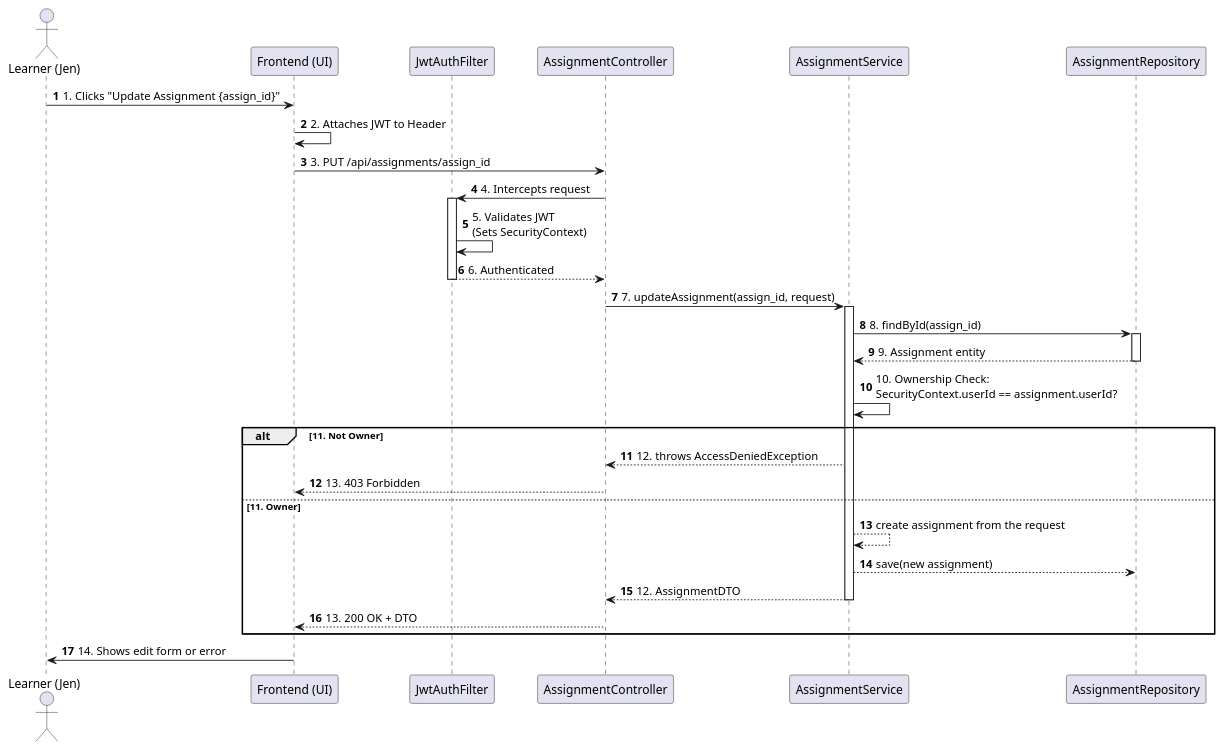
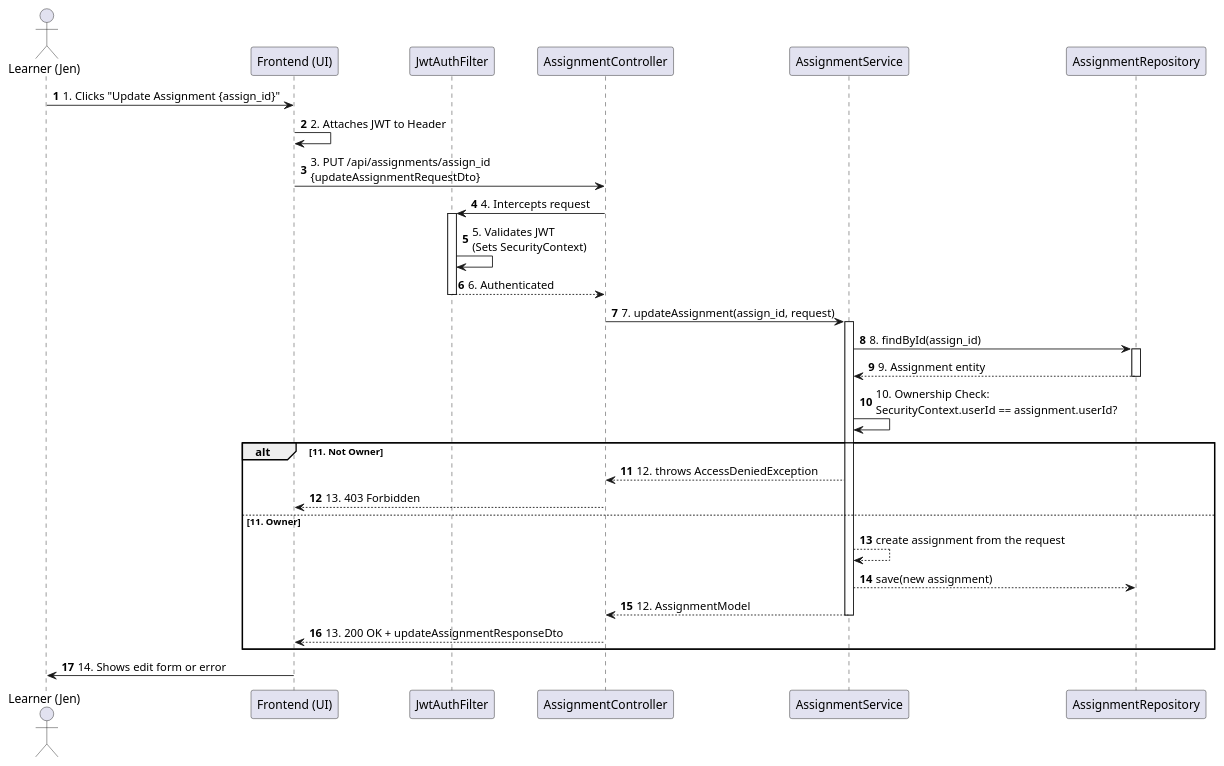
One commit to mouse1999/BloomCodeCamp-be-a-starter changed the diagram in src/main/resources/AssignmentController_update.puml. Above: the diagram before and after it, drawn with PlantUML. The commit also changed 38 other files, not shown here.

Commit message:
implemented some method Assignment service class and its test class

```diff
--- a/src/main/resources/AssignmentController_update.puml
+++ b/src/main/resources/AssignmentController_update.puml
@@ -1,43 +1,44 @@
 @startuml
 actor User as "Learner (Jen)"
 participant Frontend as "Frontend (UI)"
 participant "JwtAuthFilter" as AuthFilter
 participant "AssignmentController" as Controller
 participant "AssignmentService" as Service
 participant "AssignmentRepository" as Repository
 
 autonumber
 
 User -> Frontend : 1. Clicks "Update Assignment {assign_id}"
 Frontend -> Frontend : 2. Attaches JWT to Header
-Frontend -> Controller : 3. PUT /api/assignments/assign_id
+Frontend -> Controller : 3. PUT /api/assignments/assign_id\n{updateAssignmentRequestDto}
 
 Controller -> AuthFilter : 4. Intercepts request
 activate AuthFilter
 AuthFilter -> AuthFilter : 5. Validates JWT\n(Sets SecurityContext)
 AuthFilter --> Controller : 6. Authenticated
 deactivate AuthFilter
 
 Controller -> Service : 7. updateAssignment(assign_id, request)
 activate Service
 
 Service -> Repository : 8. findById(assign_id)
 activate Repository
 Repository --> Service : 9. Assignment entity
 deactivate Repository
 
 Service -> Service : 10. Ownership Check:\nSecurityContext.userId == assignment.userId?
 alt 11. Not Owner
     Service --> Controller : 12. throws AccessDeniedException
     Controller --> Frontend : 13. 403 Forbidden
 else 11. Owner
     Service --> Service : create assignment from the request
     Service --> Repository : save(new assignment)
-    Service --> Controller : 12. AssignmentDTO
+    Service --> Controller : 12. AssignmentModel
+
     deactivate Service
-    Controller --> Frontend : 13. 200 OK + DTO
+    Controller --> Frontend : 13. 200 OK + updateAssignmentResponseDto
 end
 
 Frontend -> User : 14. Shows edit form or error
 
 @enduml
```
